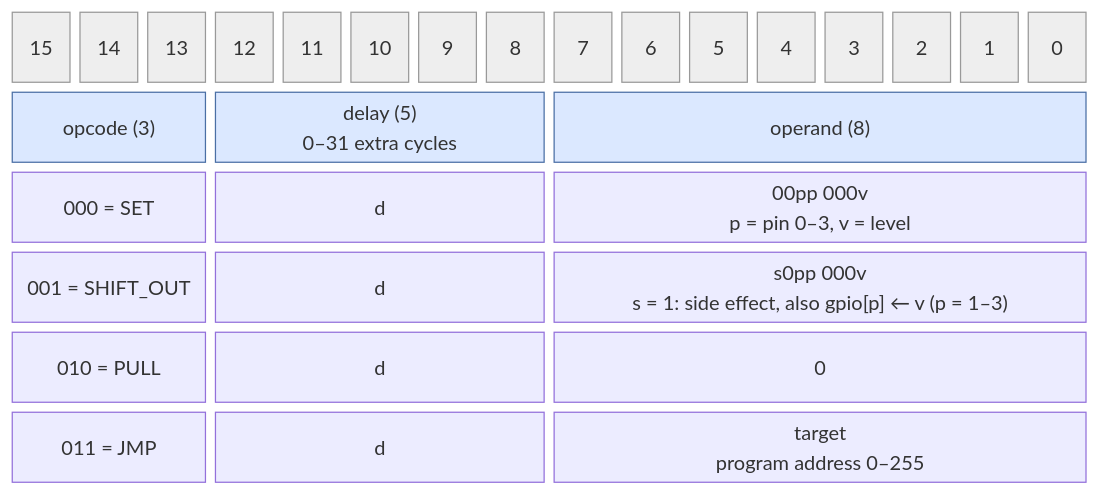
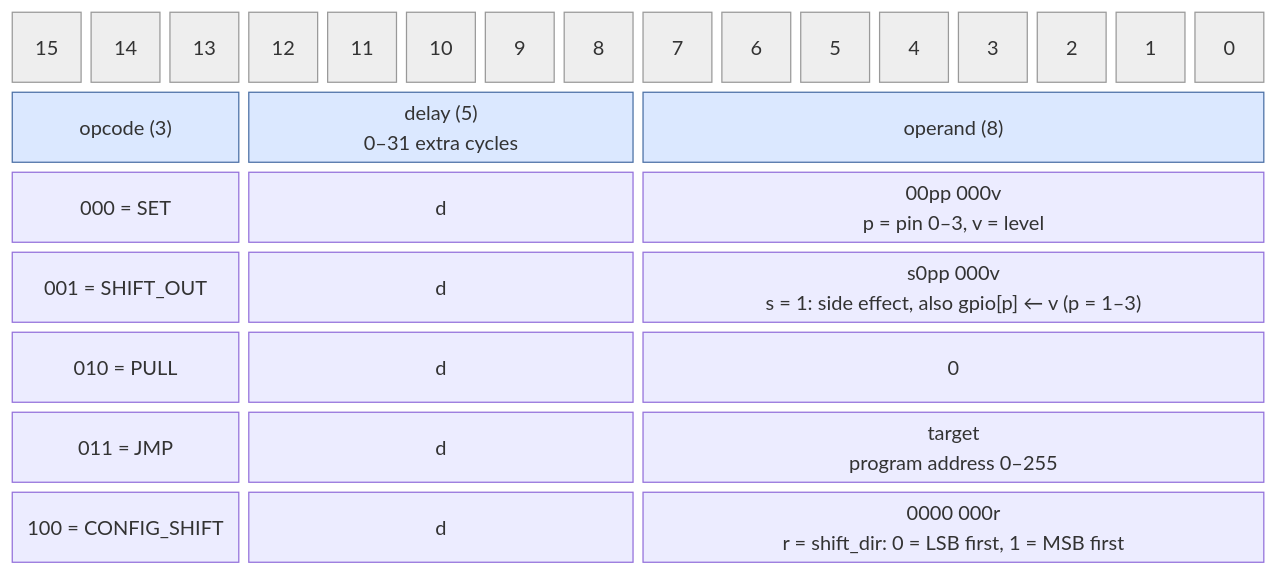
One commit to cshieldsce/smallcore changed the diagram in docs/isa_encoding.mmd. Above: the diagram before and after it, drawn with Mermaid. The commit also changed 9 other files, not shown here.

Commit message:
update diagrams for shift_dir

```diff
--- a/docs/isa_encoding.mmd
+++ b/docs/isa_encoding.mmd
@@ -1,14 +1,15 @@
 block-beta
   columns 16
   b15["15"] b14["14"] b13["13"] b12["12"] b11["11"] b10["10"] b9["9"] b8["8"]
   b7["7"] b6["6"] b5["5"] b4["4"] b3["3"] b2["2"] b1["1"] b0["0"]
   opcode["opcode (3)"]:3 delay["delay (5)<br/>0–31 extra cycles"]:5 operand["operand (8)"]:8
   set["000 = SET"]:3 setd["d"]:5 setop["00pp 000v<br/>p = pin 0–3, v = level"]:8
   shift["001 = SHIFT_OUT"]:3 shiftd["d"]:5 shiftop["s0pp 000v<br/>s = 1: side effect, also gpio[p] ← v (p = 1–3)"]:8
   pull["010 = PULL"]:3 pulld["d"]:5 pullop["0"]:8
   jmp["011 = JMP"]:3 jmpd["d"]:5 jmpop["target<br/>program address 0–255"]:8
+  cfg["100 = CONFIG_SHIFT"]:3 cfgd["d"]:5 cfgop["0000 000r<br/>r = shift_dir: 0 = LSB first, 1 = MSB first"]:8
 
   classDef hdr fill:#eee,stroke:#999,color:#555
   classDef field fill:#dbe8ff,stroke:#4a6fa5
   class b15,b14,b13,b12,b11,b10,b9,b8,b7,b6,b5,b4,b3,b2,b1,b0 hdr
   class opcode,delay,operand field
```
